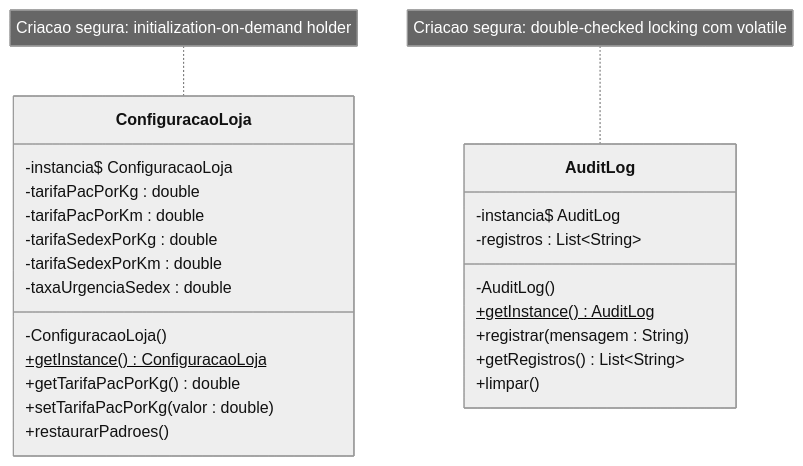
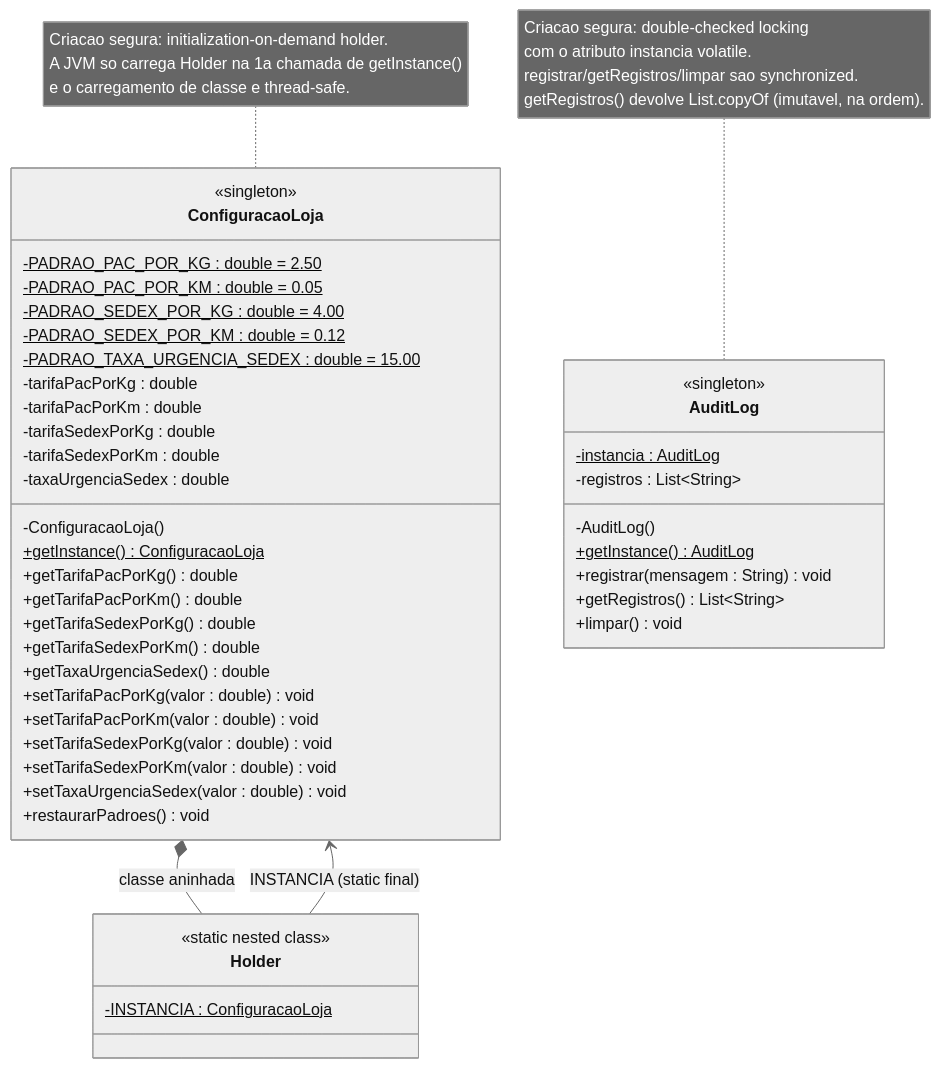
One commit to acairesm/frete-padroes changed the diagram in docs/diagrama1-singleton.mmd. Above: the diagram before and after it, drawn with Mermaid (neutral theme). The commit also changed 4 other files, not shown here.

First line of the commit message:
docs: diagramas finais

```diff
--- a/docs/diagrama1-singleton.mmd
+++ b/docs/diagrama1-singleton.mmd
@@ -1,29 +1,51 @@
 classDiagram
-    %% Diagrama 1 - Singleton (versao inicial)
+    %% Diagrama 1 - Singleton (versao final, ajustada ao codigo)
 
     class ConfiguracaoLoja {
-        -instancia$ ConfiguracaoLoja
+        <<singleton>>
+        -PADRAO_PAC_POR_KG : double = 2.50$
+        -PADRAO_PAC_POR_KM : double = 0.05$
+        -PADRAO_SEDEX_POR_KG : double = 4.00$
+        -PADRAO_SEDEX_POR_KM : double = 0.12$
+        -PADRAO_TAXA_URGENCIA_SEDEX : double = 15.00$
         -tarifaPacPorKg : double
         -tarifaPacPorKm : double
         -tarifaSedexPorKg : double
         -tarifaSedexPorKm : double
         -taxaUrgenciaSedex : double
         -ConfiguracaoLoja()
         +getInstance()$ ConfiguracaoLoja
         +getTarifaPacPorKg() double
-        +setTarifaPacPorKg(valor : double)
-        +restaurarPadroes()
+        +getTarifaPacPorKm() double
+        +getTarifaSedexPorKg() double
+        +getTarifaSedexPorKm() double
+        +getTaxaUrgenciaSedex() double
+        +setTarifaPacPorKg(valor : double) void
+        +setTarifaPacPorKm(valor : double) void
+        +setTarifaSedexPorKg(valor : double) void
+        +setTarifaSedexPorKm(valor : double) void
+        +setTaxaUrgenciaSedex(valor : double) void
+        +restaurarPadroes() void
+    }
+
+    class Holder {
+        <<static nested class>>
+        -INSTANCIA : ConfiguracaoLoja$
     }
 
     class AuditLog {
-        -instancia$ AuditLog
+        <<singleton>>
+        -instancia : AuditLog$
         -registros : List~String~
         -AuditLog()
         +getInstance()$ AuditLog
-        +registrar(mensagem : String)
+        +registrar(mensagem : String) void
         +getRegistros() List~String~
-        +limpar()
+        +limpar() void
     }
 
-    note for ConfiguracaoLoja "Criacao segura: initialization-on-demand holder"
-    note for AuditLog "Criacao segura: double-checked locking com volatile"
+    ConfiguracaoLoja *-- Holder : classe aninhada
+    Holder --> ConfiguracaoLoja : INSTANCIA (static final)
+
+    note for ConfiguracaoLoja "Criacao segura: initialization-on-demand holder.<br>A JVM so carrega Holder na 1a chamada de getInstance()<br>e o carregamento de classe e thread-safe."
+    note for AuditLog "Criacao segura: double-checked locking<br>com o atributo instancia volatile.<br>registrar/getRegistros/limpar sao synchronized.<br>getRegistros() devolve List.copyOf (imutavel, na ordem)."
```
